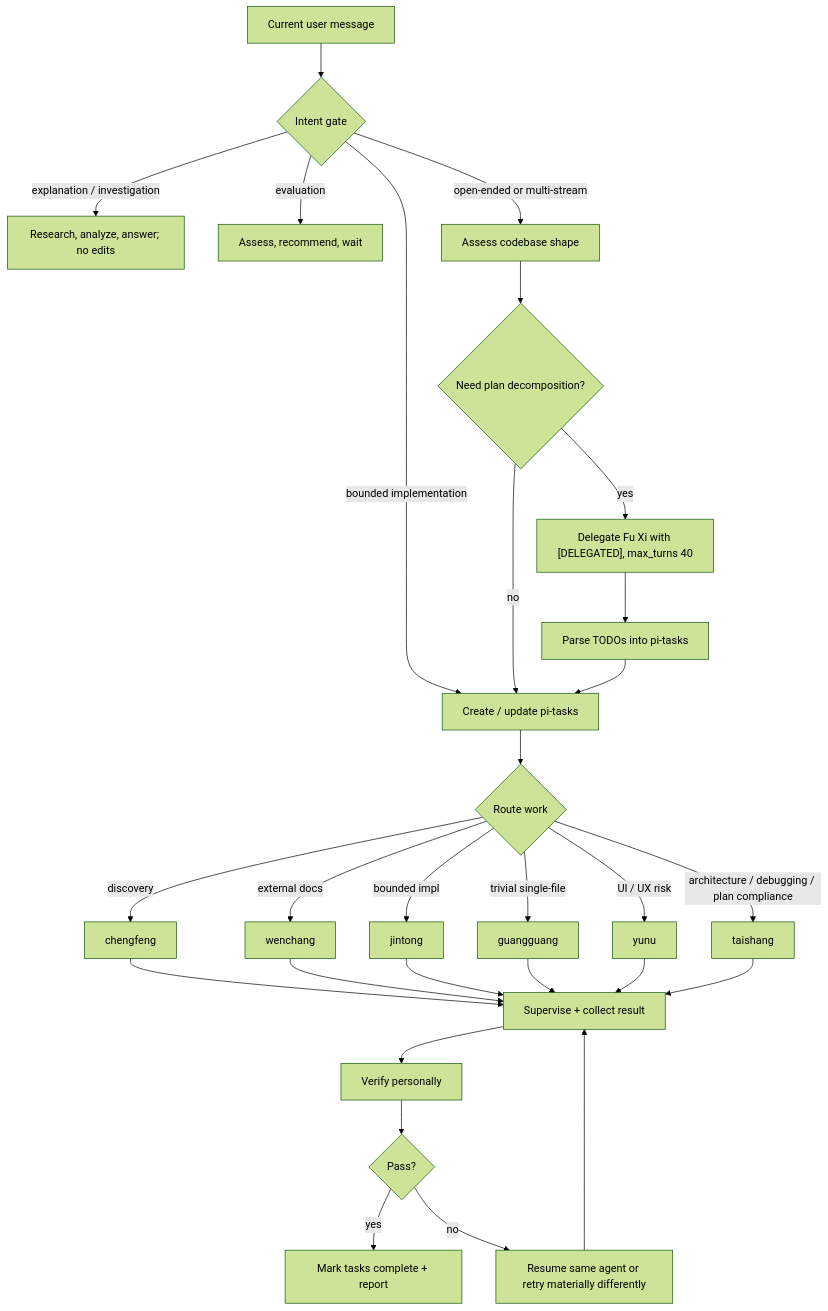
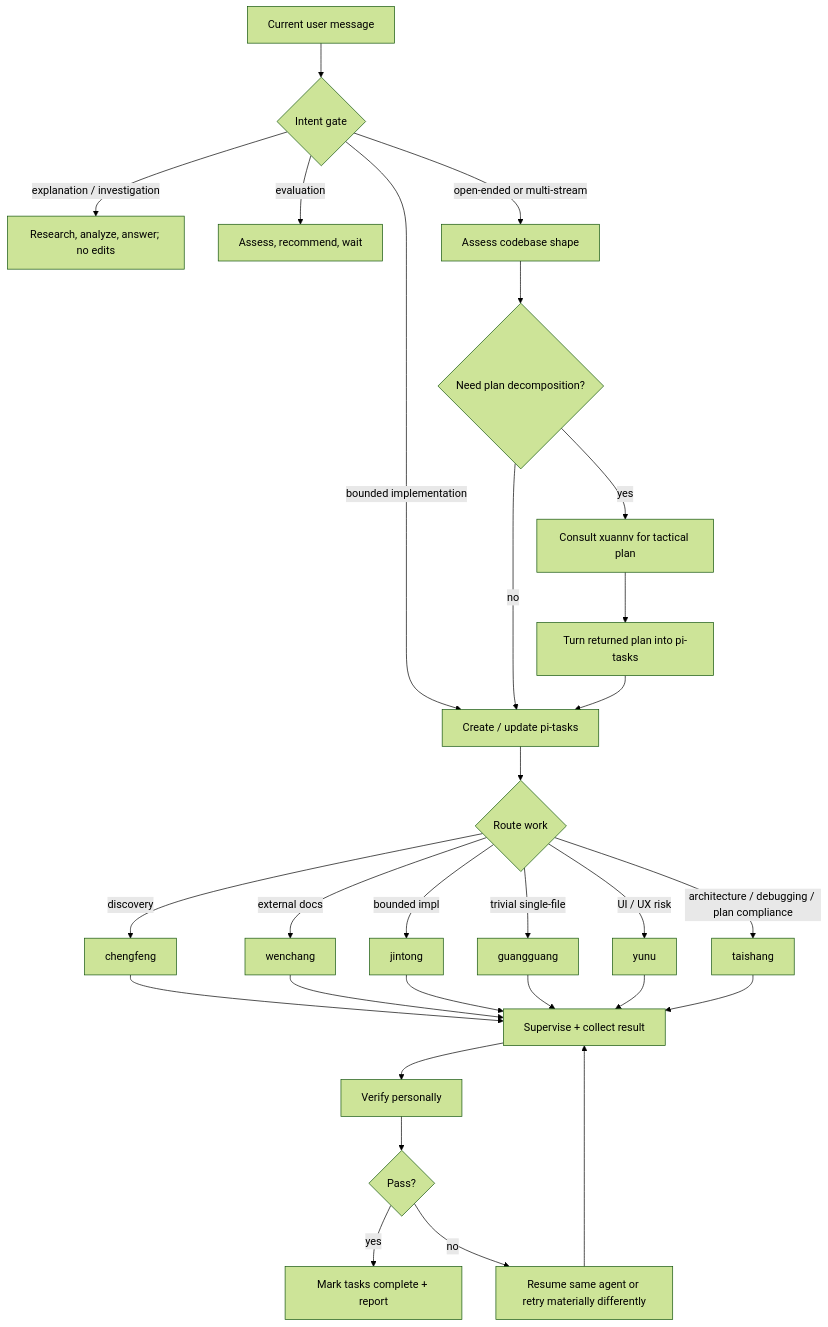
The third of 4 diagrams in docs/specs/orchestration-flow.md (zhongjis/pi-config), drawn with Mermaid (forest theme) before and after one commit. The commit also changed other lines of this file and 2 other files, not shown here.

````diff
--- a/docs/specs/orchestration-flow.md
+++ b/docs/specs/orchestration-flow.md
@@ -98,31 +98,31 @@
 ```mermaid
 flowchart TD
     A[Current user message] --> B{Intent gate}
     B -->|explanation / investigation| C[Research, analyze, answer; no edits]
     B -->|evaluation| D[Assess, recommend, wait]
     B -->|bounded implementation| E[Create / update pi-tasks]
     B -->|open-ended or multi-stream| F[Assess codebase shape]
     F --> G{Need plan decomposition?}
-    G -->|yes| H["Delegate Fu Xi with [DELEGATED], max_turns 40"]
-    H --> I[Parse TODOs into pi-tasks]
+    G -->|yes| H["Consult xuannv for tactical plan"]
+    H --> I[Turn returned plan into pi-tasks]
     G -->|no| E
     I --> E
     E --> J{Route work}
     J -->|discovery| Chengfeng[chengfeng]
     J -->|external docs| Wenchang[wenchang]
     J -->|bounded impl| Jintong[jintong]
     J -->|trivial single-file| Guangguang[guangguang]
     J -->|UI / UX risk| Yunu[yunu]
     J -->|architecture / debugging / plan compliance| Taishang[taishang]
     Chengfeng --> K[Supervise + collect result]
     Wenchang --> K
     Jintong --> K
     Guangguang --> K
     Yunu --> K
     Taishang --> K
     K --> L[Verify personally]
     L --> M{Pass?}
     M -->|yes| N[Mark tasks complete + report]
     M -->|no| O[Resume same agent or retry materially differently]
     O --> K
 ```
````
